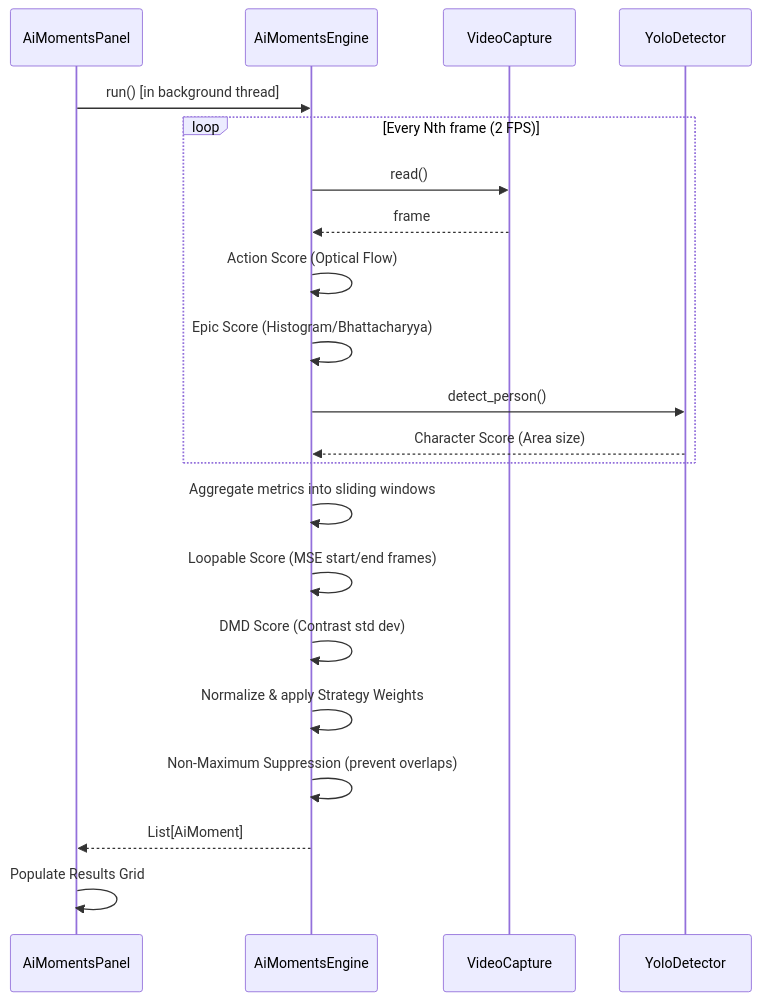
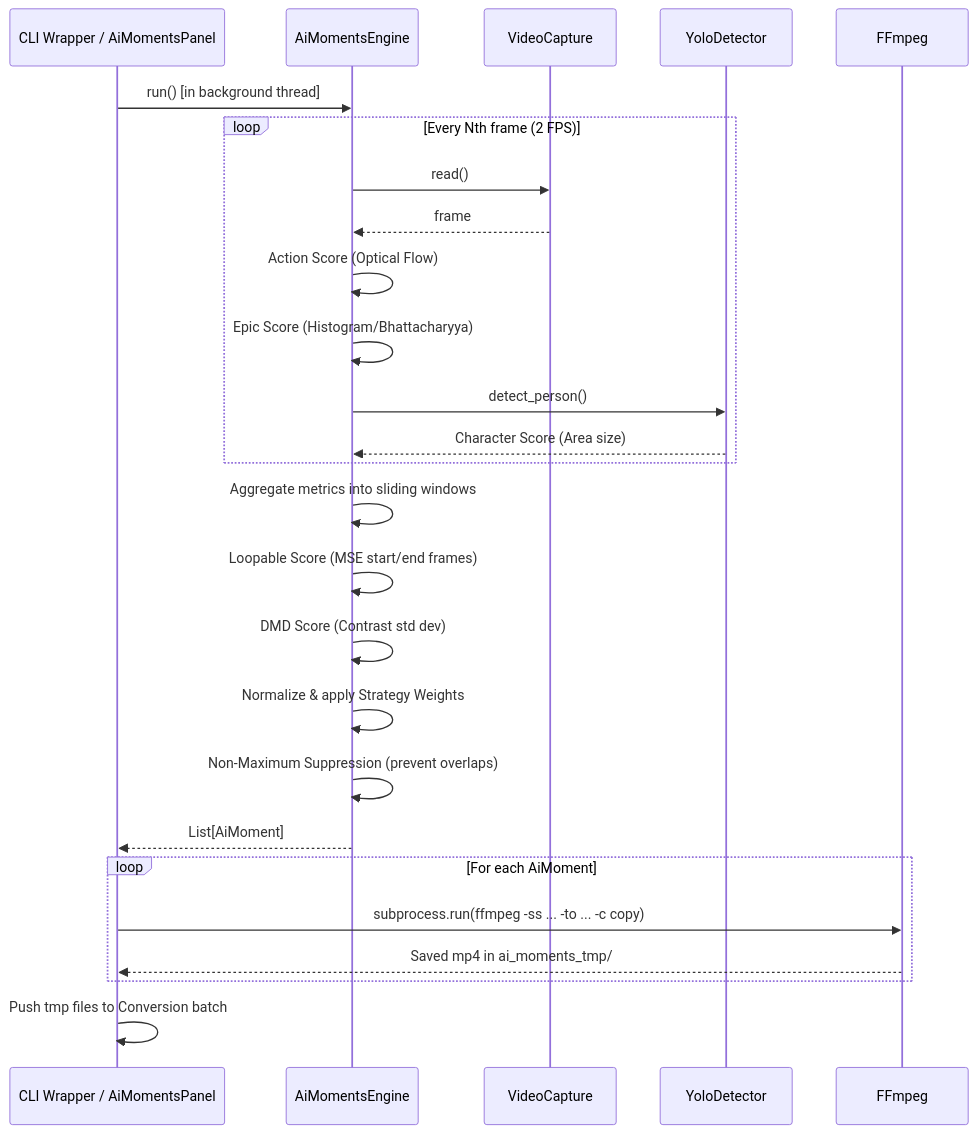
Before and after one commit to red77290/dmd_gif_converter: the seventh of 9 diagrams in ARCHITECTURE.md, drawn with Mermaid. The commit also changed other lines of this file and 10 other files, not shown here.

First line of the commit message:
feat: AI Moments Studio Timeline & CLI Support

````diff
--- a/ARCHITECTURE.md
+++ b/ARCHITECTURE.md
@@ -633,24 +640,31 @@
 ```mermaid
 sequenceDiagram
-    participant UI as AiMomentsPanel
+    participant CLI/UI as CLI Wrapper / AiMomentsPanel
     participant ENG as AiMomentsEngine
     participant CAP as VideoCapture
     participant DET as YoloDetector
+    participant FF as FFmpeg
 
-    UI->>ENG: run() [in background thread]
+    CLI/UI->>ENG: run() [in background thread]
     loop Every Nth frame (2 FPS)
         ENG->>CAP: read()
         CAP-->>ENG: frame
         ENG->>ENG: Action Score (Optical Flow)
         ENG->>ENG: Epic Score (Histogram/Bhattacharyya)
         ENG->>DET: detect_person()
         DET-->>ENG: Character Score (Area size)
     end
     ENG->>ENG: Aggregate metrics into sliding windows
     ENG->>ENG: Loopable Score (MSE start/end frames)
     ENG->>ENG: DMD Score (Contrast std dev)
     ENG->>ENG: Normalize & apply Strategy Weights
     ENG->>ENG: Non-Maximum Suppression (prevent overlaps)
-    ENG-->>UI: List[AiMoment]
-    UI->>UI: Populate Results Grid
+    ENG-->>CLI/UI: List[AiMoment]
+    
+    loop For each AiMoment
+        CLI/UI->>FF: subprocess.run(ffmpeg -ss ... -to ... -c copy)
+        FF-->>CLI/UI: Saved mp4 in ai_moments_tmp/
+    end
+    
+    CLI/UI->>CLI/UI: Push tmp files to Conversion batch
 ```
````
